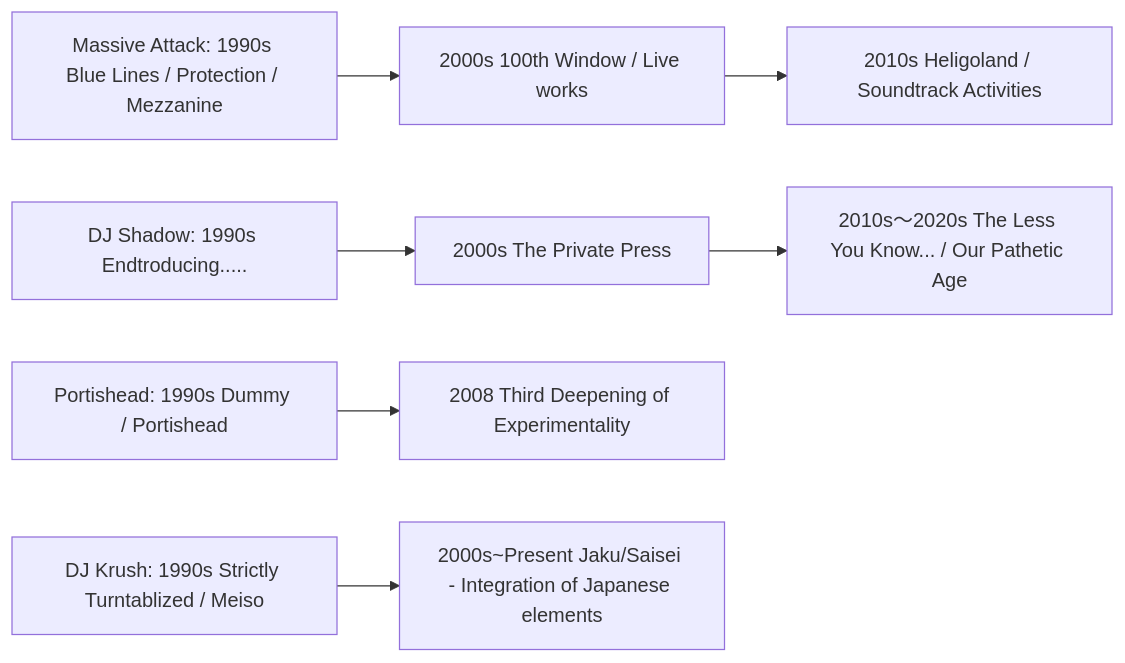
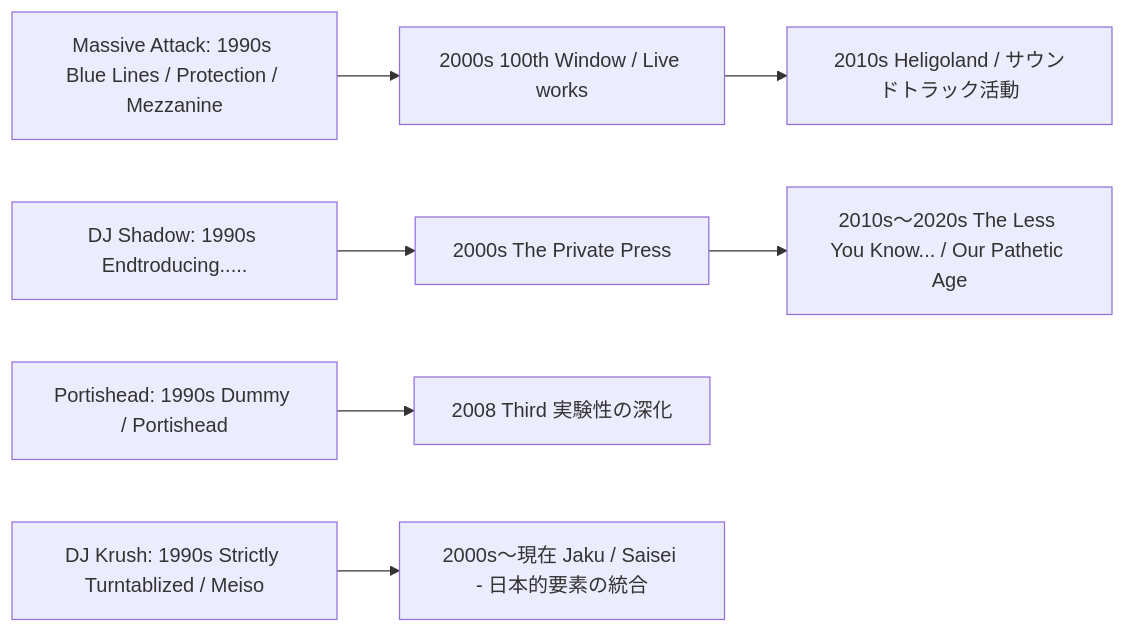
One commit to monumental-movement/monumental-movement.github.io changed the second of 2 diagrams in en/_posts/2025-09-21-Column-Triphop.md. Above: the diagram before and after it, drawn with Mermaid. The commit also changed other lines of this file and 2196 other files, not shown here.

```diff
--- a/en/_posts/2025-09-21-Column-Triphop.md
+++ b/en/_posts/2025-09-21-Column-Triphop.md
@@ -66,21 +65,21 @@
 <div class="mermaid">
 flowchart LR
     MA90["Massive Attack: 1990s Blue Lines / Protection / Mezzanine"]
     MA00["2000s 100th Window / Live works"]
-    MA10["2010s Heligoland / Soundtrack Activities"]
+    MA10["2010s Heligoland / サウンドトラック活動"]
 
     SH90["DJ Shadow: 1990s Endtroducing....."]
     SH00["2000s The Private Press"]
     SH10["2010s〜2020s The Less You Know... / Our Pathetic Age"]
 
     PK90["Portishead: 1990s Dummy / Portishead"]
-    PK10["2008 Third Deepening of Experimentality"]
+    PK10["2008 Third 実験性の深化"]
 
     KR90["DJ Krush: 1990s Strictly Turntablized / Meiso"]
-    KR00["2000s~Present Jaku/Saisei - Integration of Japanese elements"]
+    KR00["2000s〜現在 Jaku / Saisei - 日本的要素の統合"]
 
     MA90 --> MA00 --> MA10
     SH90 --> SH00 --> SH10
     PK90 --> PK10
     KR90 --> KR00
 </div>
```
